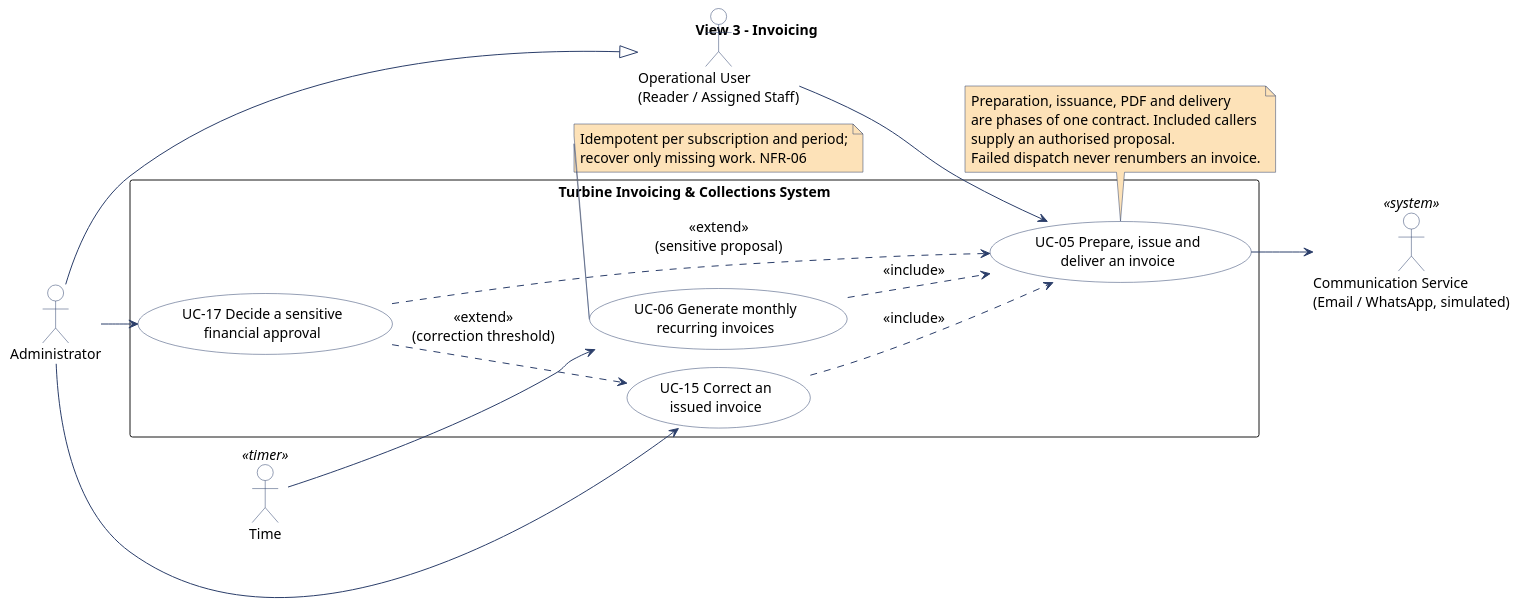
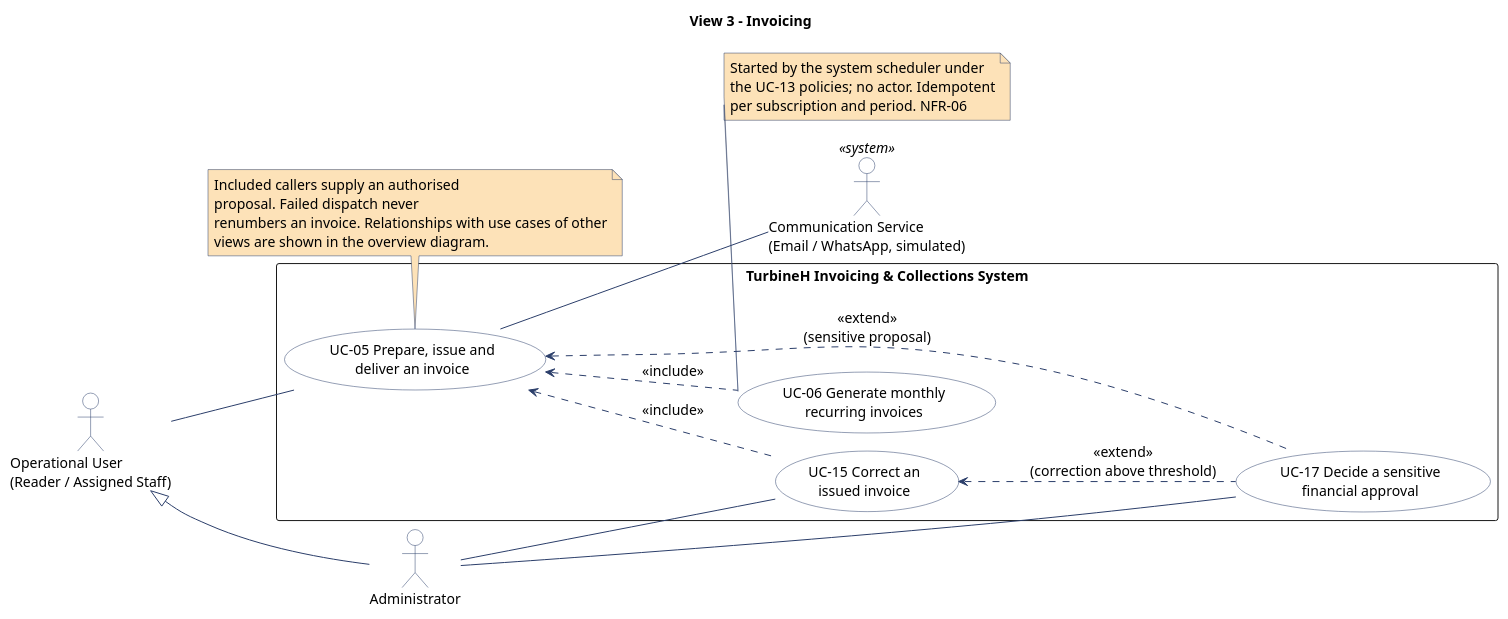
Before and after one commit to atrevete-adap/adap-project: the fourth of 5 diagrams in doc/src/use-case-diagram.pu, drawn with PlantUML. The commit also changed other lines of this file and 7 other files, not shown here.

First line of the commit message:
docs: fix use case diagram notation, add overview, remove Time actor (#33, #34, #35)

```diff
--- a/doc/src/use-case-diagram.pu
+++ b/doc/src/use-case-diagram.pu
@@ -145,63 +230,62 @@
 @startuml use-case-diagram-3-invoicing
 !pragma layout smetana
 left to right direction
 skinparam shadowing false
 skinparam packageStyle rectangle
 skinparam defaultFontName SansSerif
 skinparam defaultFontSize 14
 skinparam backgroundColor #FFFFFF
 skinparam usecase {
   BackgroundColor #FFFFFF
   BorderColor #2B3E6A
   FontColor #000000
 }
 skinparam actor {
   BackgroundColor #FFFFFF
   BorderColor #2B3E6A
   FontColor #000000
 }
 skinparam note {
   BackgroundColor #FDE2B8
   BorderColor #2B3E6A
 }
 skinparam arrow {
   Color #2B3E6A
 }
 title View 3 - Invoicing
 
 actor "Operational User\n(Reader / Assigned Staff)" as OpUser
 actor "Administrator" as Admin
-actor "Time" as Time <<timer>>
 actor "Communication Service\n(Email / WhatsApp, simulated)" as CommSrv <<system>>
 
-rectangle "Turbine Invoicing & Collections System" {
+rectangle "TurbineH Invoicing & Collections System" {
   usecase "UC-05 Prepare, issue and\ndeliver an invoice" as UC05
   usecase "UC-06 Generate monthly\nrecurring invoices" as UC06
   usecase "UC-15 Correct an\nissued invoice" as UC15
   usecase "UC-17 Decide a sensitive\nfinancial approval" as UC17
 }
 
-Admin -|> OpUser
-OpUser --> UC05
-Admin --> UC15
-Admin --> UC17
-Time --> UC06
-UC05 --> CommSrv
-UC06 ..> UC05 : <<include>>
-UC15 ..> UC05 : <<include>>
-UC17 ..> UC05 : <<extend>>\n(sensitive proposal)
-UC17 ..> UC15 : <<extend>>\n(correction threshold)
+OpUser <|-- Admin
+OpUser -- UC05
+Admin -- UC15
+Admin -- UC17
+UC05 -- CommSrv
+UC05 <.. UC06 : <<include>>
+UC05 <.. UC15 : <<include>>
+UC05 <.. UC17 : <<extend>>\n(sensitive proposal)
+UC15 <.. UC17 : <<extend>>\n(correction above threshold)
+
+note bottom of UC06
+  Started by the system scheduler under
+  the UC-13 policies; no actor. Idempotent
+  per subscription and period. NFR-06
+end note
 
 note bottom of UC05
-  Preparation, issuance, PDF and delivery
-  are phases of one contract. Included callers
-  supply an authorised proposal.
-  Failed dispatch never renumbers an invoice.
-end note
-
-note bottom of UC06
-  Idempotent per subscription and period;
-  recover only missing work. NFR-06
+  Included callers supply an authorised
+  proposal. Failed dispatch never
+  renumbers an invoice. Relationships with use cases of other
+  views are shown in the overview diagram.
 end note
 
 @enduml
```
